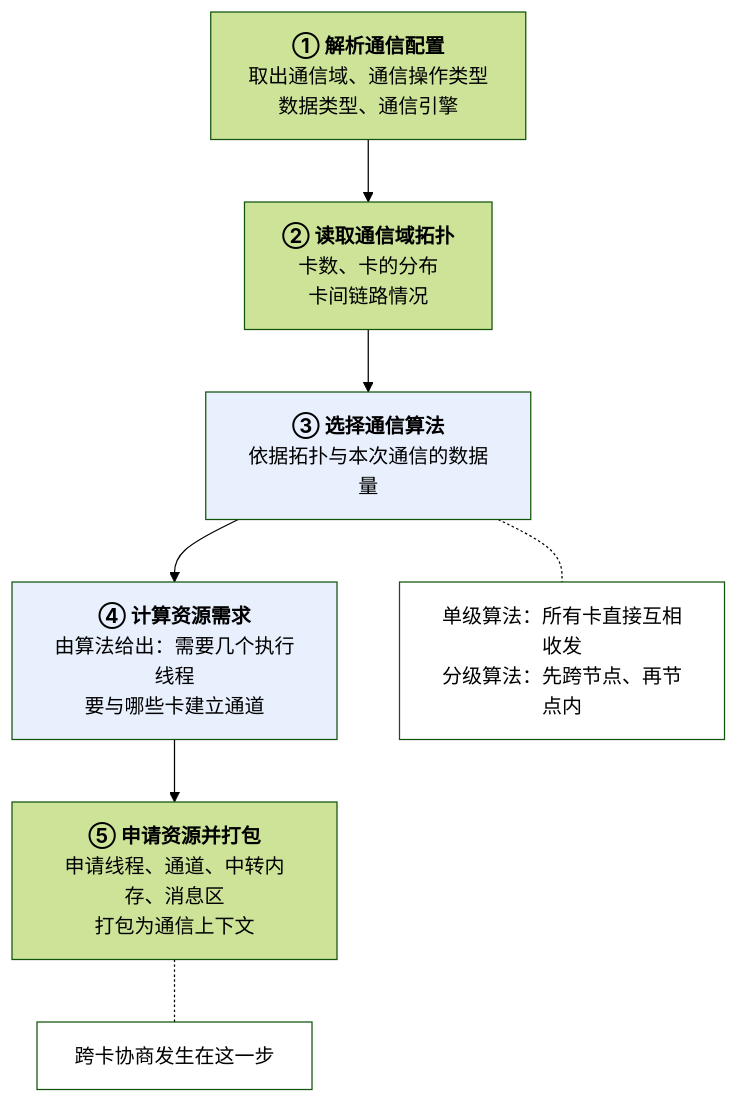
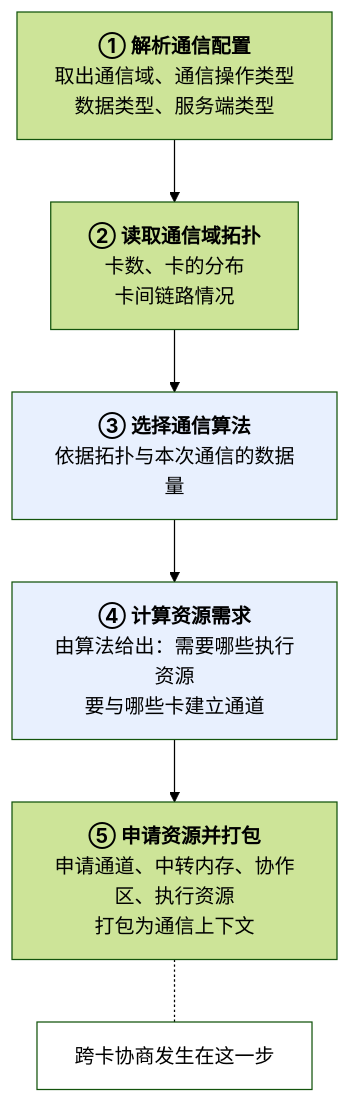
The second of 7 diagrams in docs/zh/编程模型/MC2编程模型/通信模型.md (Atlas-Ascend-Fork/asc-comm), drawn with Mermaid (forest theme) before and after one commit. The commit also changed other lines of this file and 1 other file, not shown here.

````diff
--- a/docs/zh/编程模型/MC2编程模型/通信模型.md
+++ b/docs/zh/编程模型/MC2编程模型/通信模型.md
@@ -178,21 +190,17 @@
 ```mermaid
 flowchart TB
-    P1["<b>① 解析通信配置</b><br/>取出通信域、通信操作类型<br/>数据类型、通信引擎"]
+    P1["<b>① 解析通信配置</b><br/>取出通信域、通信操作类型<br/>数据类型、服务端类型"]
     P2["<b>② 读取通信域拓扑</b><br/>卡数、卡的分布<br/>卡间链路情况"]
     P3["<b>③ 选择通信算法</b><br/>依据拓扑与本次通信的数据量"]
-    P4["<b>④ 计算资源需求</b><br/>由算法给出：需要几个执行线程<br/>要与哪些卡建立通道"]
-    P5["<b>⑤ 申请资源并打包</b><br/>申请线程、通道、中转内存、消息区<br/>打包为通信上下文"]
+    P4["<b>④ 计算资源需求</b><br/>由算法给出：需要哪些执行资源<br/>要与哪些卡建立通道"]
+    P5["<b>⑤ 申请资源并打包</b><br/>申请通道、中转内存、协作区、执行资源<br/>打包为通信上下文"]
 
     P1 --> P2 --> P3 --> P4 --> P5
 
-    N3["单级算法：所有卡直接互相收发<br/>分级算法：先跨节点、再节点内"]
     N5["跨卡协商发生在这一步"]
-
-    P3 -.- N3
     P5 -.- N5
 
     style P3 fill:#e8f0fe
     style P4 fill:#e8f0fe
-    style N3 fill:#ffffff
     style N5 fill:#ffffff
 ```
````
